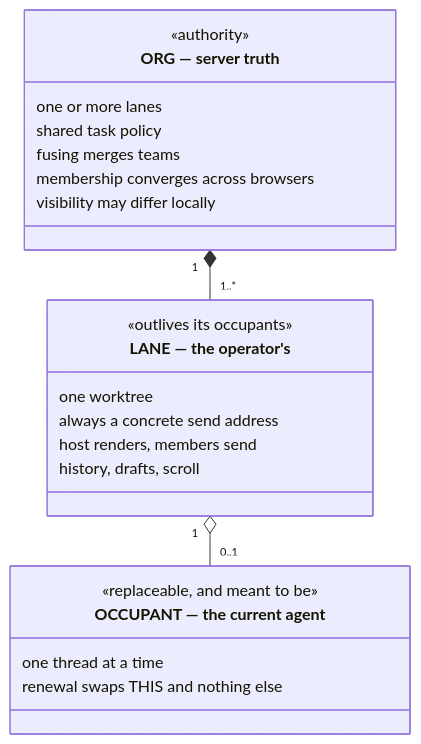
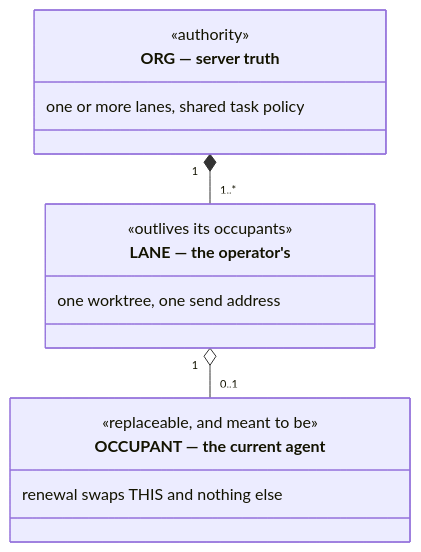
One commit to infimalabs/spice-rust changed the sixth of 7 diagrams in docs/product/value.md. Above: the diagram before and after it, drawn with Mermaid. The commit also changed other lines of this file and 20 other files, not shown here.

````diff
--- a/docs/product/value.md
+++ b/docs/product/value.md
@@ -582,25 +399,17 @@
 ```mermaid
 classDiagram
   class Org["ORG — server truth"] {
     <<authority>>
-    one or more lanes
-    shared task policy
-    fusing merges teams
-    membership converges across browsers
-    visibility may differ locally
+    one or more lanes, shared task policy
   }
   class Lane["LANE — the operator's"] {
     <<outlives its occupants>>
-    one worktree
-    always a concrete send address
-    host renders, members send
-    history, drafts, scroll
+    one worktree, one send address
   }
   class Occupant["OCCUPANT — the current agent"] {
     <<replaceable, and meant to be>>
-    one thread at a time
     renewal swaps THIS and nothing else
   }
   Org "1" *-- "1..*" Lane
   Lane "1" o-- "0..1" Occupant
 ```
````
